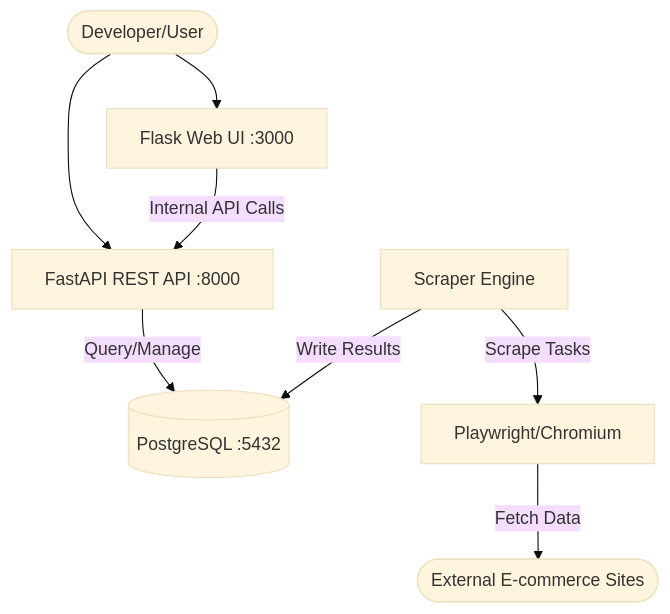
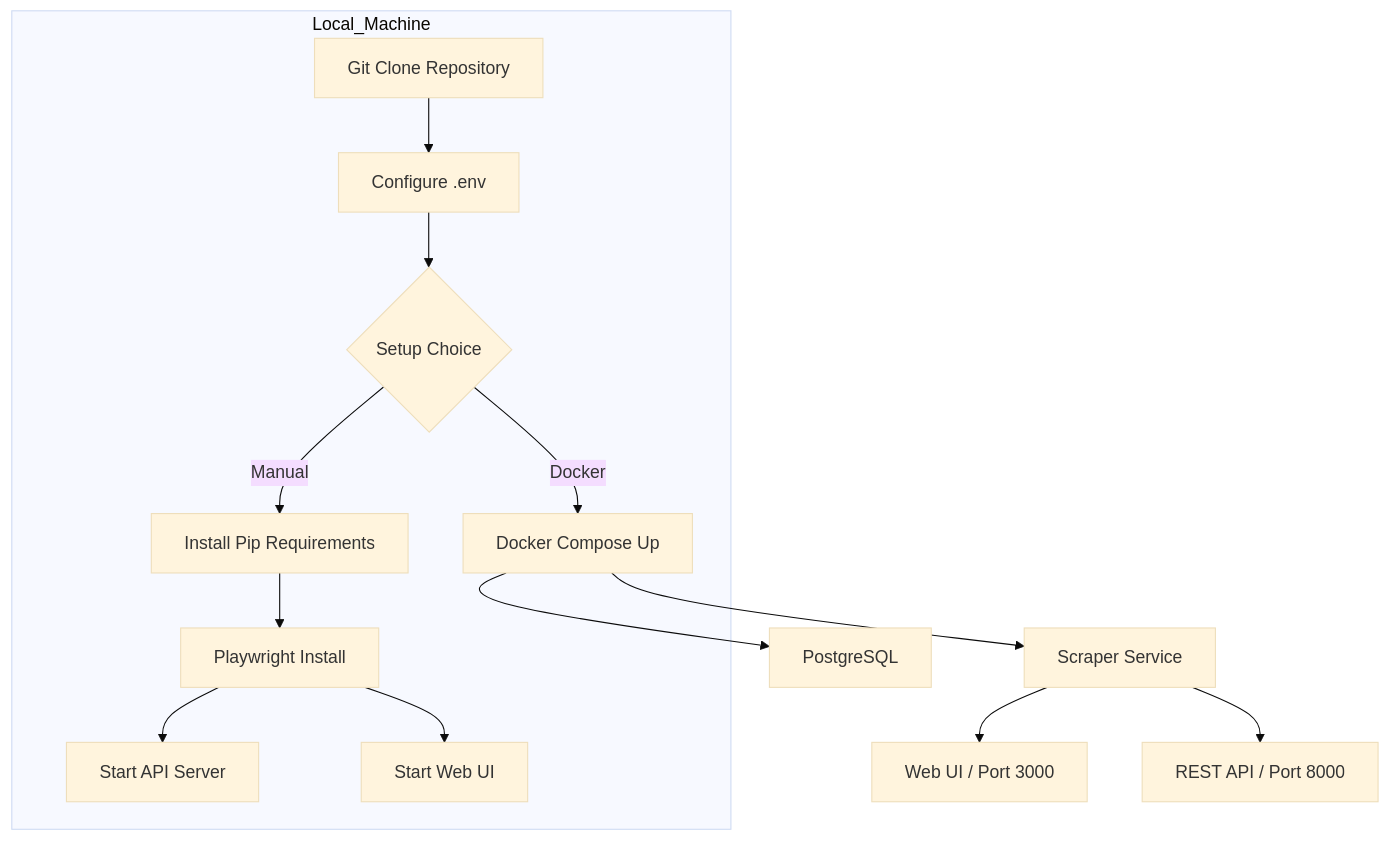
The first of 2 diagrams in .cubic/wiki/01-section-overview/03-overview-dev-setup.md (Avkroken/Produkter), drawn with Mermaid (base theme) before and after one commit. The commit also changed other lines of this file and 46 other files, not shown here.

````diff
--- a/.cubic/wiki/01-section-overview/03-overview-dev-setup.md
+++ b/.cubic/wiki/01-section-overview/03-overview-dev-setup.md
@@ -50,10 +42,16 @@
 ```mermaid
 graph TD
-    User([Developer/User]) --> WebUI[Flask Web UI :3000]
-    User --> API[FastAPI REST API :8000]
-    WebUI -- Internal API Calls --> API
-    API -- Query/Manage --> DB[(PostgreSQL :5432)]
-    Scraper[Scraper Engine] -- Scrape Tasks --> Playwright[Playwright/Chromium]
-    Scraper -- Write Results --> DB
-    Playwright -- Fetch Data --> Web([External E-commerce Sites])
+    subgraph Local_Machine
+        A[Git Clone Repository] --> B[Configure .env]
+        B --> C{Setup Choice}
+        C -- Docker --> D[Docker Compose Up]
+        C -- Manual --> E[Install Pip Requirements]
+        E --> F[Playwright Install]
+        F --> G[Start API Server]
+        F --> H[Start Web UI]
+    end
+    D --> I[PostgreSQL]
+    D --> J[Scraper Service]
+    J --> K[Web UI / Port 3000]
+    J --> L[REST API / Port 8000]
 ```
````
